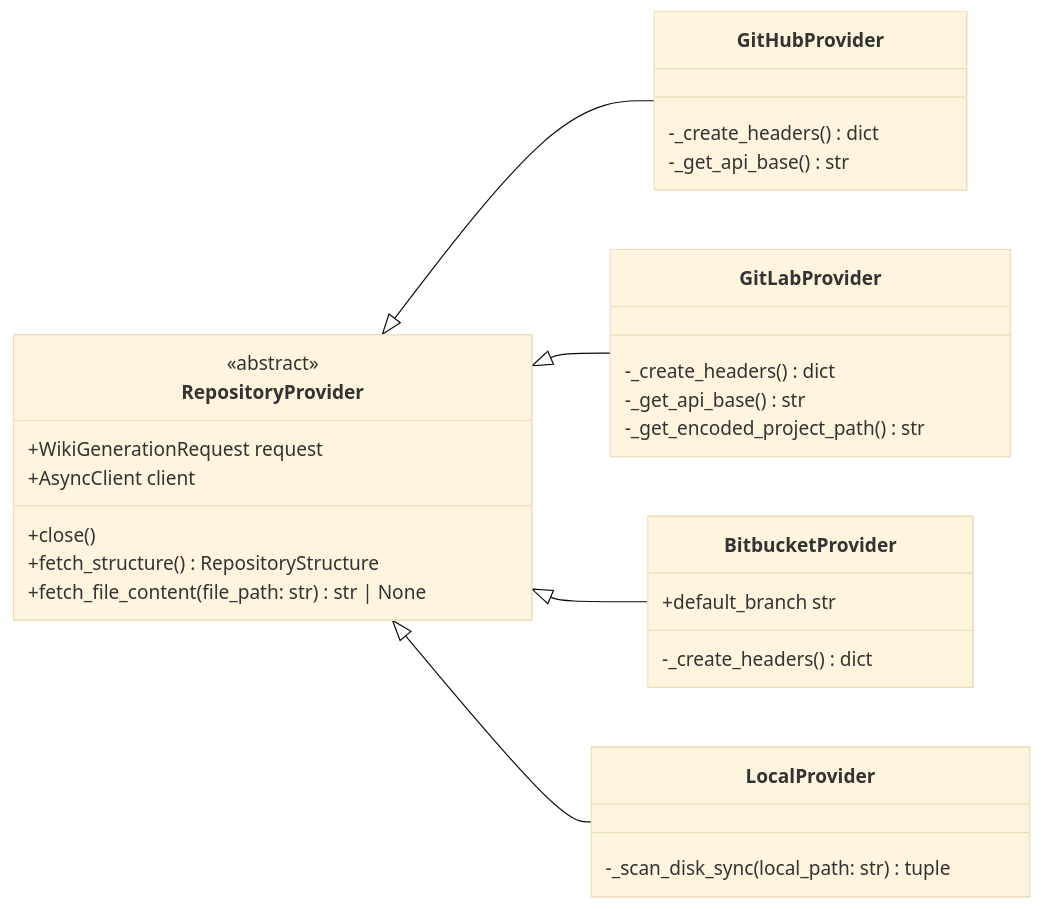
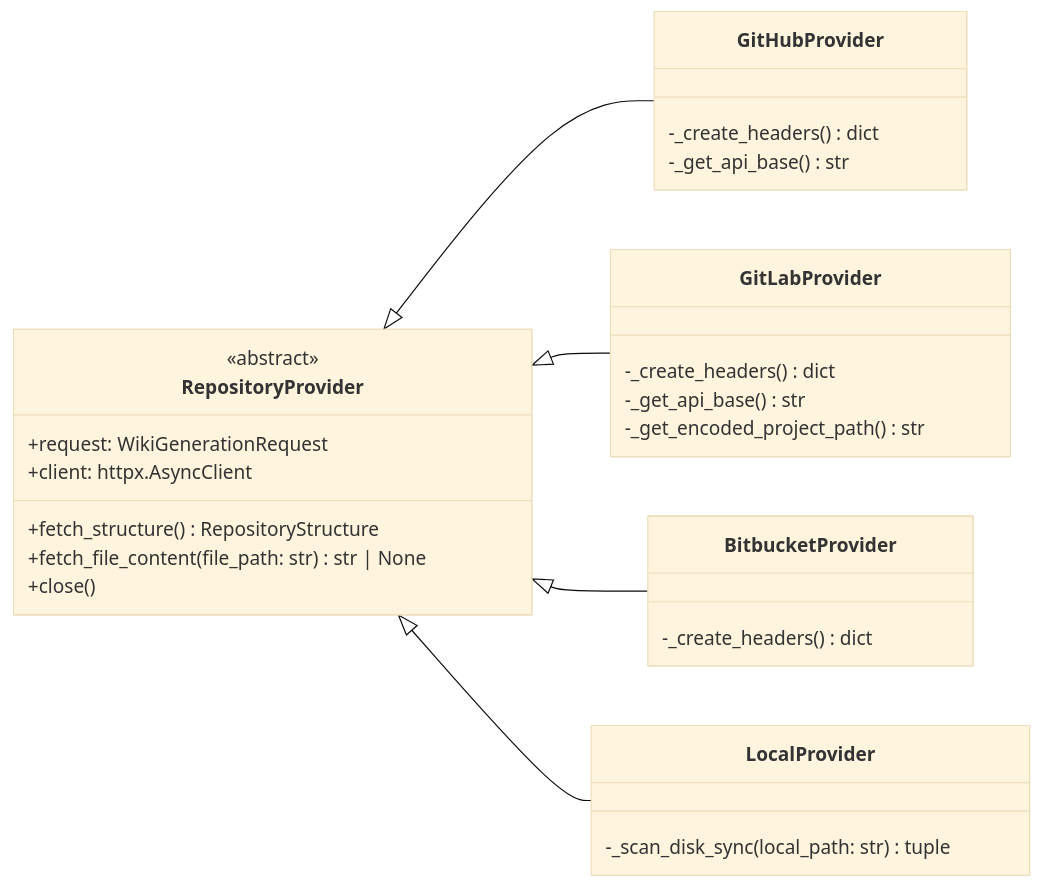
One commit to catuscio/wiki-as-readme changed the third of 14 diagrams in examples/wiki_as_README.md. Above: the diagram before and after it, drawn with Mermaid (base theme). The commit also changed other lines of this file, not shown here.

Commit message:
✨📚 Update examples/wiki_as_README.md via Wiki-As-Readme Action (en)

````diff
--- a/examples/wiki_as_README.md
+++ b/examples/wiki_as_README.md
@@ -461,32 +436,33 @@
 ```mermaid
 classDiagram
     direction LR
     class RepositoryProvider {
         <<abstract>>
-        +WikiGenerationRequest request
-        +AsyncClient client
-        +close()
+        +request: WikiGenerationRequest
+        +client: httpx.AsyncClient
         +fetch_structure() RepositoryStructure
         +fetch_file_content(file_path: str) str | None
+        +close()
     }
+
     class GitHubProvider {
         -_create_headers() dict
         -_get_api_base() str
     }
     class GitLabProvider {
         -_create_headers() dict
         -_get_api_base() str
         -_get_encoded_project_path() str
     }
     class BitbucketProvider {
         -_create_headers() dict
-        +default_branch str
     }
     class LocalProvider {
         -_scan_disk_sync(local_path: str) tuple
     }
+
     RepositoryProvider <|-- GitHubProvider
     RepositoryProvider <|-- GitLabProvider
     RepositoryProvider <|-- BitbucketProvider
     RepositoryProvider <|-- LocalProvider
 ```
````
